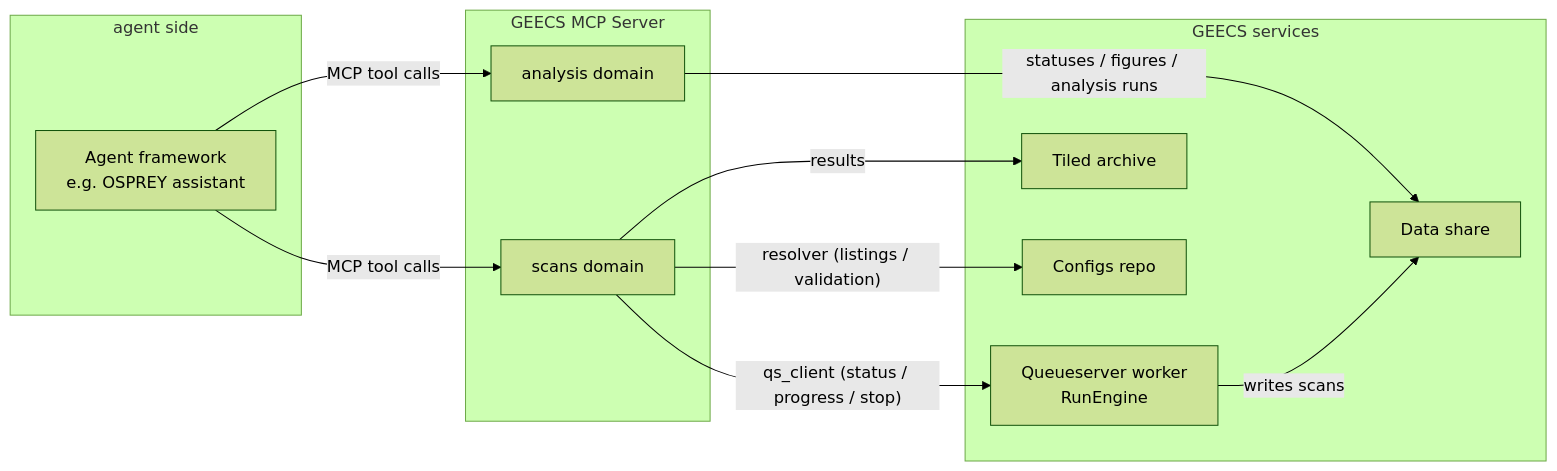
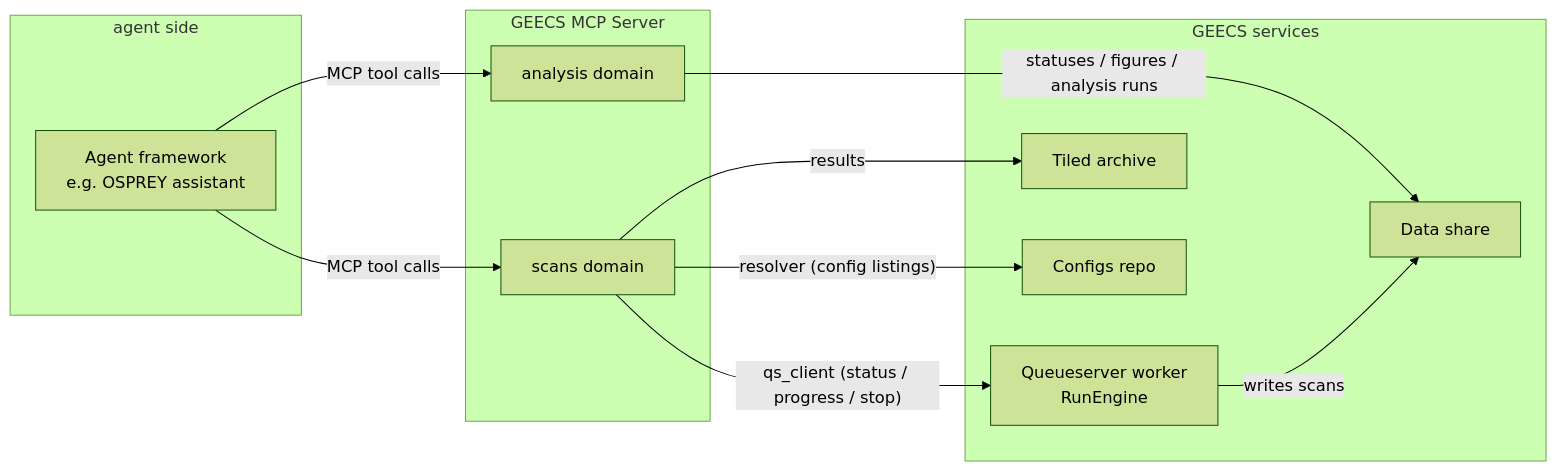
The diagram in docs/geecs_mcp/overview.md (GEECS-BELLA/GEECS-Plugins), drawn with Mermaid (forest theme) before and after one commit. The commit also changed other lines of this file and 15 other files, not shown here.

````diff
--- a/docs/geecs_mcp/overview.md
+++ b/docs/geecs_mcp/overview.md
@@ -67,23 +68,23 @@
 ```mermaid
 flowchart LR
     subgraph agent side
         O[Agent framework<br/>e.g. OSPREY assistant]
     end
     subgraph geecs-mcp [GEECS MCP Server]
         S[scans domain]
         A[analysis domain]
     end
     subgraph services [GEECS services]
         Q[Queueserver worker<br/>RunEngine]
         T[Tiled archive]
         C[Configs repo]
         D[Data share]
     end
     O -- "MCP tool calls" --> S
     O -- "MCP tool calls" --> A
     S -- "qs_client (status / progress / stop)" --> Q
-    S -- "resolver (listings / validation)" --> C
+    S -- "resolver (config listings)" --> C
     S -- "results" --> T
     A -- "statuses / figures / analysis runs" --> D
     Q -- "writes scans" --> D
 ```
````
